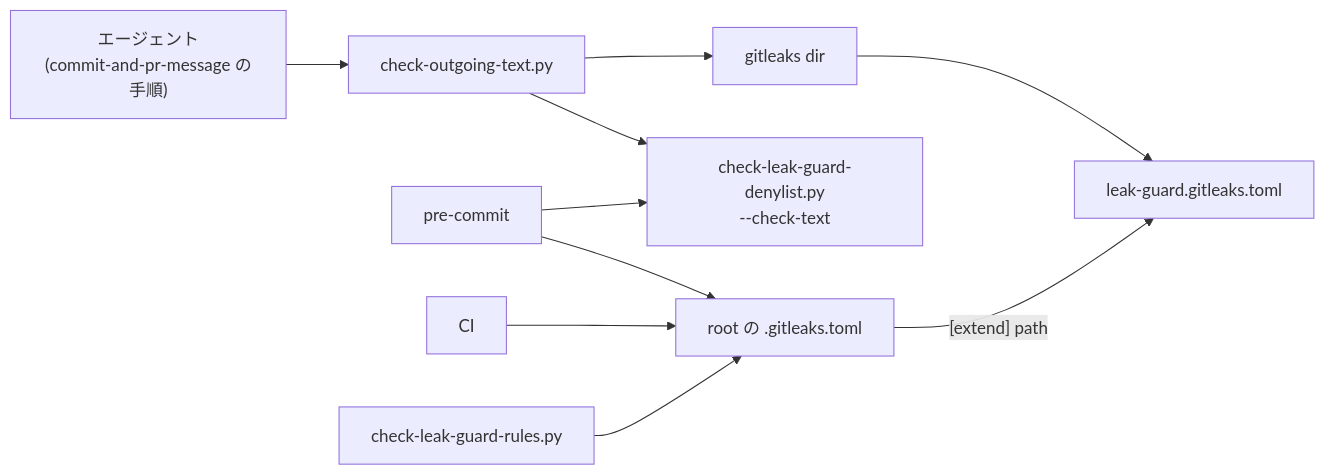
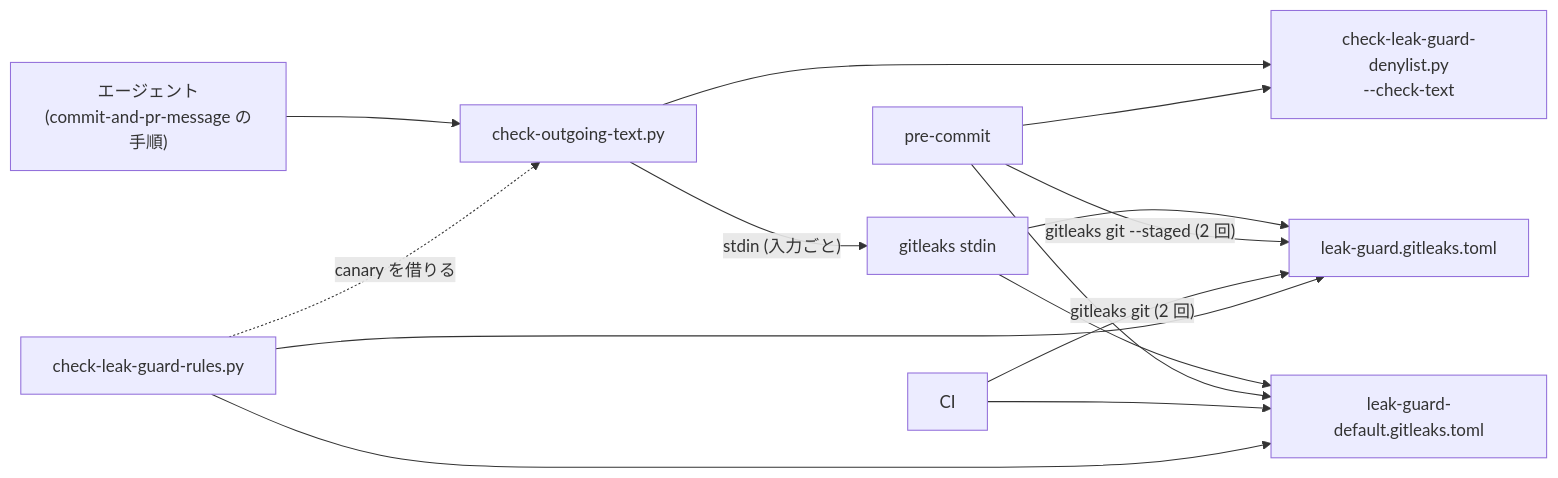
Before and after one commit to hidari/agentic-coding-tools: the diagram in docs/issues/ISSUE-58_PR 本文の漏洩検査を配布物の手順へ組み込む/ISSUE-58-spec.md, drawn with Mermaid. The commit also changed other lines of this file and 1 other file, not shown here.

````diff
--- a/docs/issues/ISSUE-58_PR 本文の漏洩検査を配布物の手順へ組み込む/ISSUE-58-spec.md
+++ b/docs/issues/ISSUE-58_PR 本文の漏洩検査を配布物の手順へ組み込む/ISSUE-58-spec.md
@@ -69,12 +100,16 @@
 ```mermaid
 flowchart LR
     Agent["エージェント<br/>(commit-and-pr-message の手順)"] --> Entry["check-outgoing-text.py"]
     Entry --> L2["check-leak-guard-denylist.py<br/>--check-text"]
-    Entry --> GL["gitleaks dir"]
-    GL --> Rules["leak-guard.gitleaks.toml"]
-    Root["root の .gitleaks.toml"] -- "[extend] path" --> Rules
-    PC["pre-commit"] --> Root
+    Entry -- "stdin (入力ごと)" --> GL["gitleaks stdin"]
+    GL --> Custom["leak-guard.gitleaks.toml"]
+    GL --> Default["leak-guard-default.gitleaks.toml"]
+    PC["pre-commit"] -- "gitleaks git --staged (2 回)" --> Custom
+    PC --> Default
     PC --> L2
-    CI["CI"] --> Root
-    RC["check-leak-guard-rules.py"] --> Root
+    CI["CI"] -- "gitleaks git (2 回)" --> Custom
+    CI --> Default
+    RC["check-leak-guard-rules.py"] --> Custom
+    RC --> Default
+    RC -. "canary を借りる" .-> Entry
 ```
````
